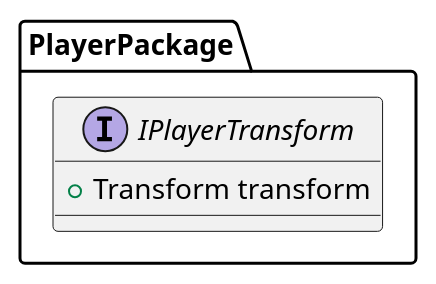
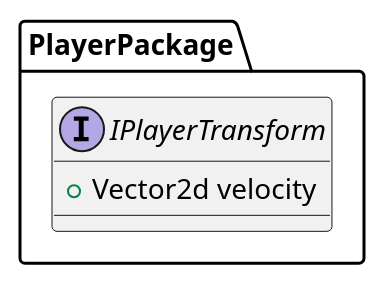
One commit to BREADloving/tekitou_uml changed the diagram in Player/IPlayerTransform.pu. Above: the diagram before and after it, drawn with PlantUML.

Commit message:
IPlayerTransformの変数の型と名前を変更

```diff
--- a/Player/IPlayerTransform.pu
+++ b/Player/IPlayerTransform.pu
@@ -1,8 +1,8 @@
 
 package PlayerPackage
 {
     interface IPlayerTransform
     {
-        + Transform transform 
+        + Vector2d velocity 
     }
 }
```
